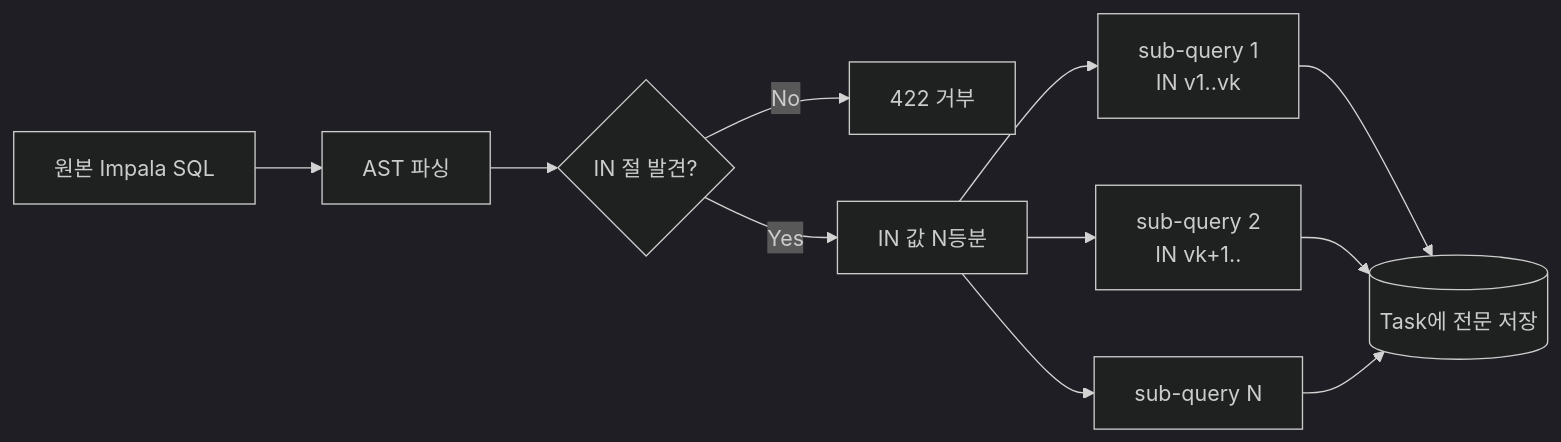
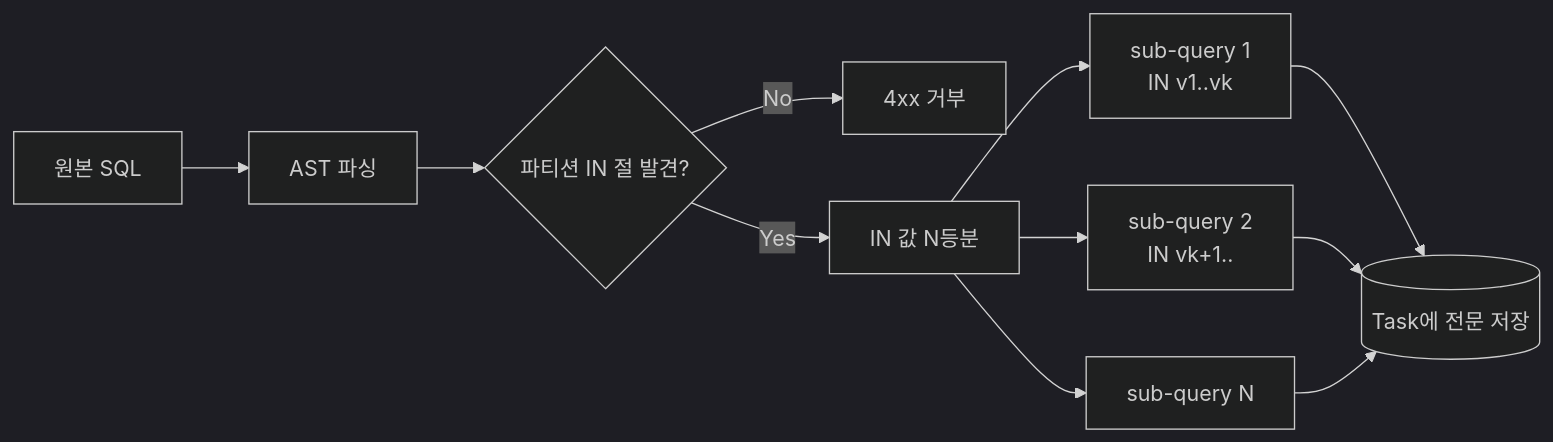
The seventh of 8 diagrams in DESIGN.md (DataDynamics/distributed-query-executor), drawn with Mermaid (dark theme) before and after one commit. The commit also changed other lines of this file, not shown here.

````diff
--- a/DESIGN.md
+++ b/DESIGN.md
@@ -273,10 +290,10 @@
 ```mermaid
 flowchart LR
-    Q[원본 Impala SQL] --> P[AST 파싱] --> F{IN 절 발견?}
-    F -- No --> R[422 거부]
+    Q[원본 SQL] --> P[AST 파싱] --> F{파티션 IN 절 발견?}
+    F -- No --> R[4xx 거부]
     F -- Yes --> S[IN 값 N등분]
     S --> G1[sub-query 1<br/>IN v1..vk]
     S --> G2[sub-query 2<br/>IN vk+1..]
     S --> G3[sub-query N]
     G1 & G2 & G3 --> ST[(Task에 전문 저장)]
 ```
````
